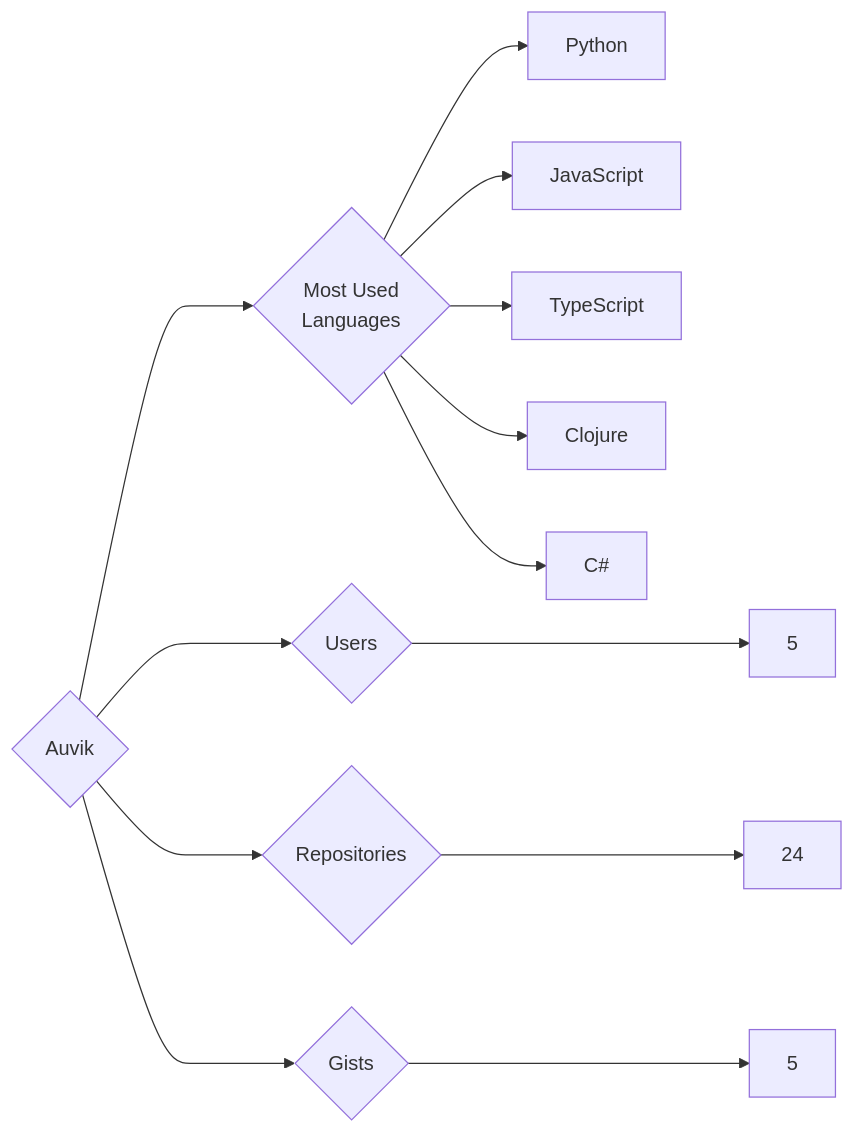
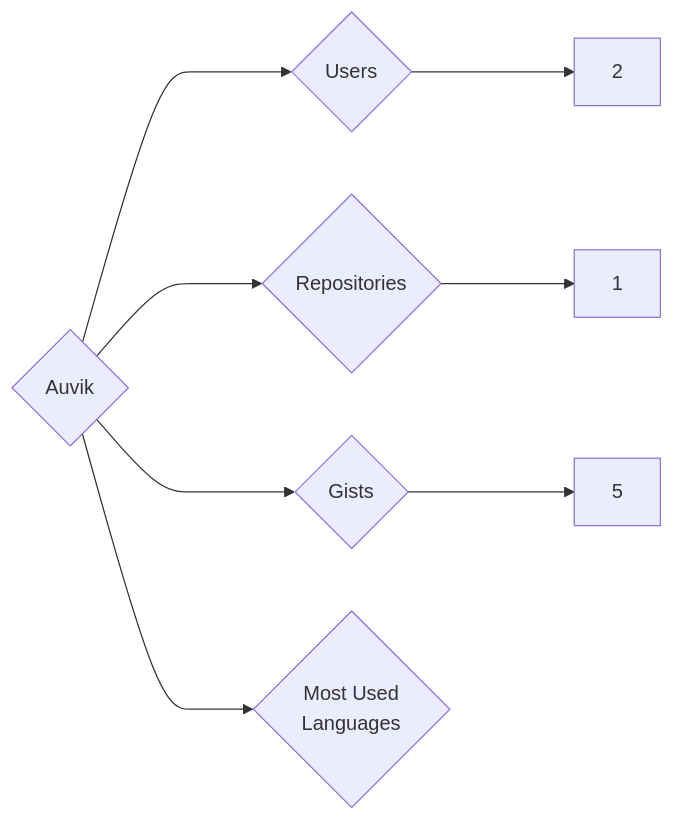
The diagram in targets/Auvik/README.md (trickest/insiders), drawn with Mermaid before and after one commit. The commit also changed 559 other files, not shown here.

````diff
--- a/targets/Auvik/README.md
+++ b/targets/Auvik/README.md
@@ -3,13 +3,8 @@
 ```mermaid
 graph LR
 COMPANY_NAME{Auvik}
-COMPANY_NAME ---> U{Users} ---> UN[5]
-COMPANY_NAME ---> R{Repositories} ---> RN[24]
+COMPANY_NAME ---> U{Users} ---> UN[2]
+COMPANY_NAME ---> R{Repositories} ---> RN[1]
 COMPANY_NAME ---> G{Gists} ---> GN[5]
 COMPANY_NAME ---> ML{Most Used<br>Languages}
-ML --> Python[Python]
-ML --> JavaScript[JavaScript]
-ML --> TypeScript[TypeScript]
-ML --> Clojure[Clojure]
-ML --> C#[C#]
 ```
````
